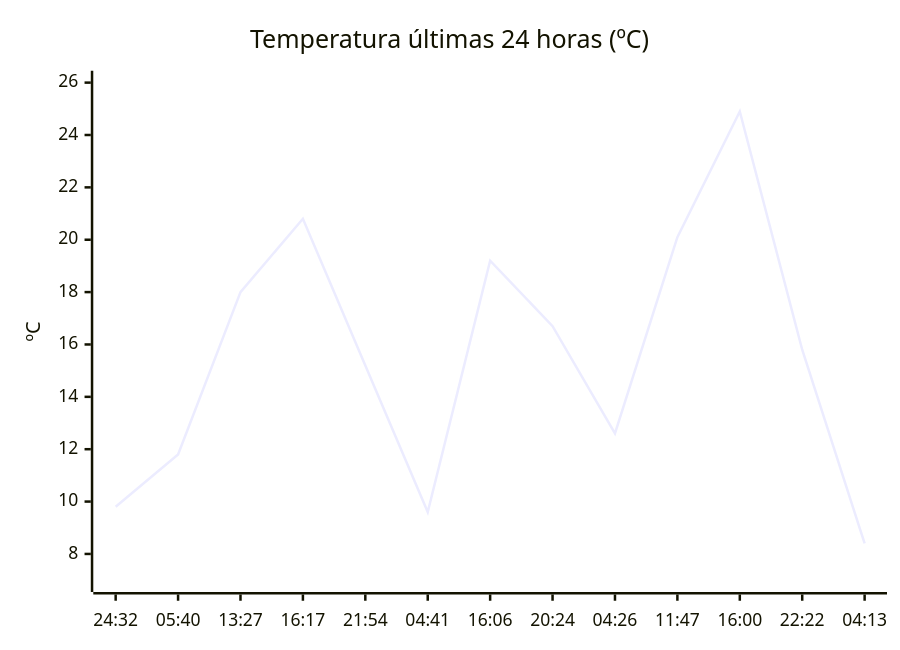
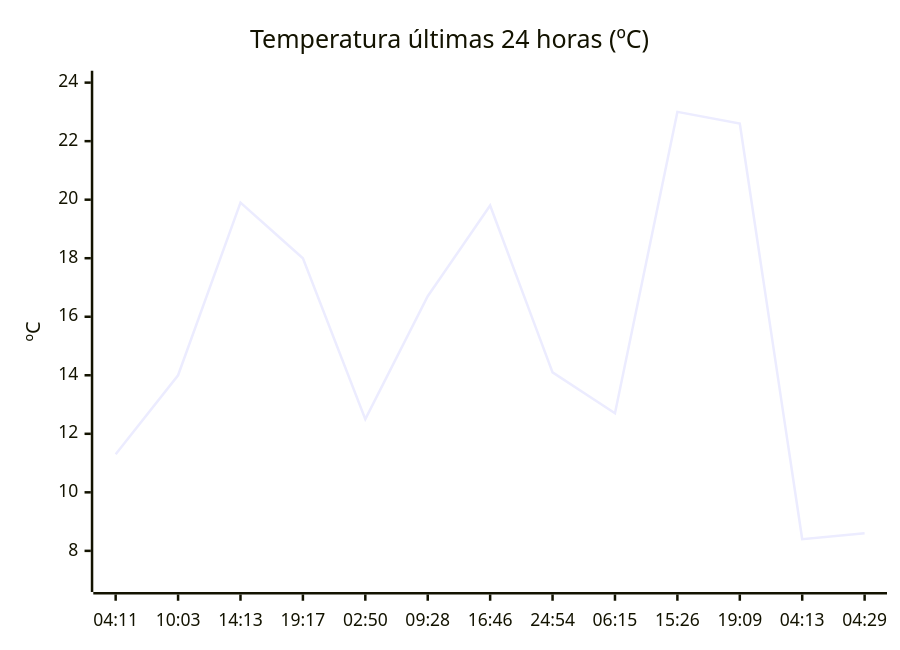
Before and after one commit to solidsnk86/rem-scrap: the diagram in README.md, drawn with Mermaid. The commit also changed other lines of this file, not shown here.

````diff
--- a/README.md
+++ b/README.md
@@ -28,7 +28,7 @@
 ```mermaid
 xychart-beta
     title "Temperatura últimas 24 horas (ºC)"
-    x-axis ["24:32", "05:40", "13:27", "16:17", "21:54", "04:41", "16:06", "20:24", "04:26", "11:47", "16:00", "22:22", "04:13"]
-    y-axis "ºC" 7 --> 26
-    line [9.8, 11.8, 18, 20.8, 15.2, 9.6, 19.2, 16.7, 12.6, 20.1, 24.9, 15.8, 8.4]
+    x-axis ["04:11", "10:03", "14:13", "19:17", "02:50", "09:28", "16:46", "24:54", "06:15", "15:26", "19:09", "04:13", "04:29"]
+    y-axis "ºC" 7 --> 24
+    line [11.3, 14, 19.9, 18, 12.5, 16.7, 19.8, 14.1, 12.7, 23, 22.6, 8.4, 8.6]
 ```
````
